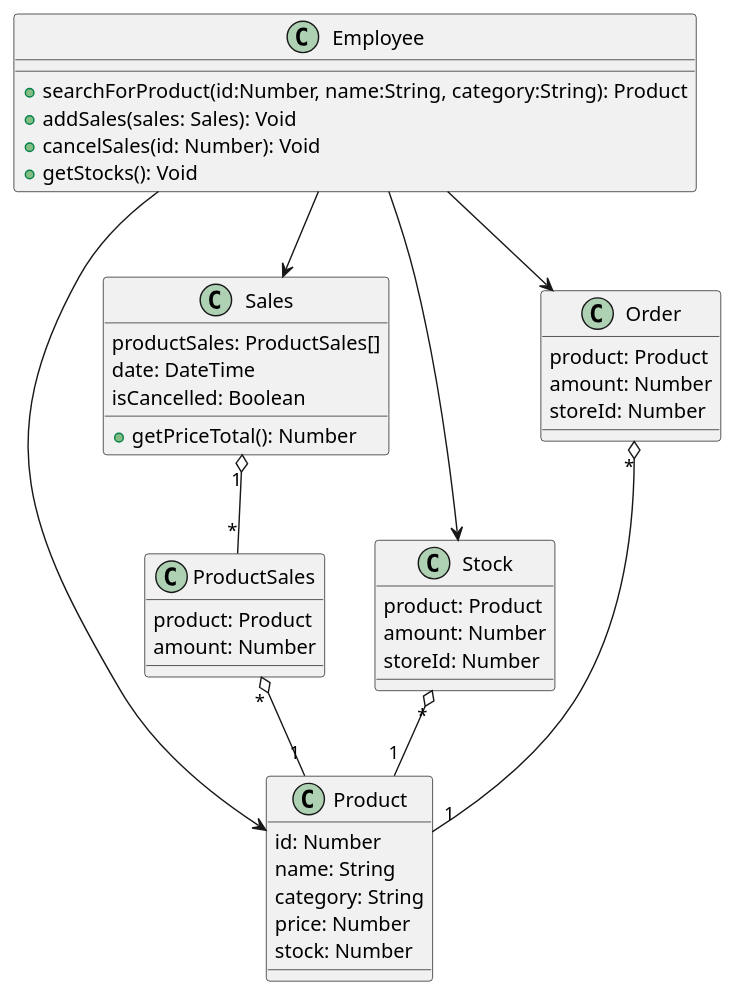
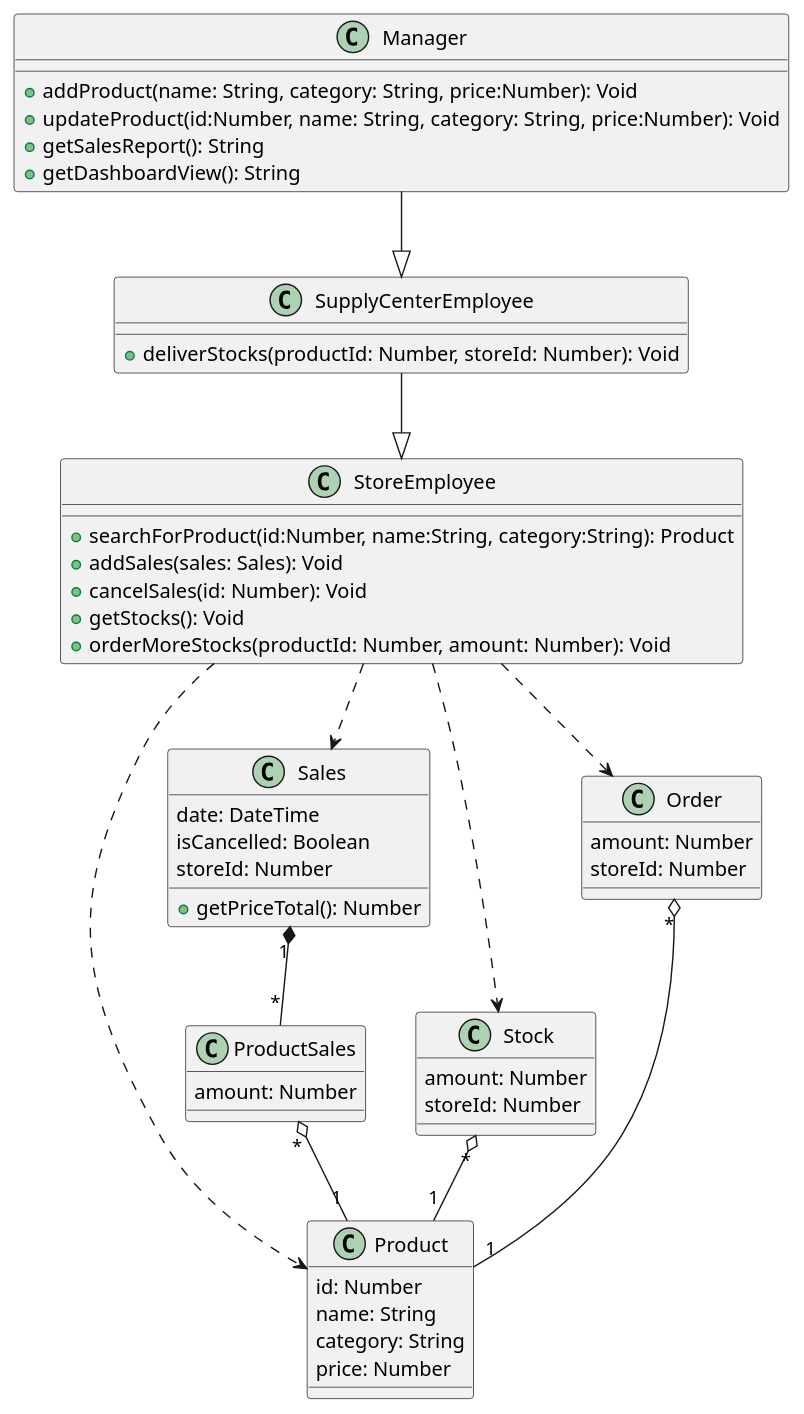
The diagram in docs/UML/class.puml (ThePhobosDeimosSuite/laboratoire-0_log430), drawn with PlantUML before and after one commit. The commit also changed 19 other files, not shown here.

```diff
--- a/docs/UML/class.puml
+++ b/docs/UML/class.puml
@@ -1,56 +1,68 @@
 @startuml class
-class Employee {
+class StoreEmployee {
     + searchForProduct(id:Number, name:String, category:String): Product
     + addSales(sales: Sales): Void
     + cancelSales(id: Number): Void    
     + getStocks(): Void
+    + orderMoreStocks(productId: Number, amount: Number): Void
+}
+
+class SupplyCenterEmployee {
+    + deliverStocks(productId: Number, storeId: Number): Void
+}
+
+class Manager {
+    + addProduct(name: String, category: String, price:Number): Void
+    + updateProduct(id:Number, name: String, category: String, price:Number): Void
+    + getSalesReport(): String
+    + getDashboardView(): String
 }
 
 class Product {
     id: Number
     name: String
     category: String
     price: Number
-    stock: Number
 }
 
 class Sales {
-    productSales: ProductSales[]
     date: DateTime
     isCancelled: Boolean
+    storeId: Number
     + getPriceTotal(): Number
 }
 
 class Stock {
-    product: Product
     amount: Number
     storeId: Number
 }
 
 class Order {
-    product: Product
     amount: Number
     storeId: Number
 }
 
 class ProductSales {
-    product: Product
     amount: Number
 }
 
-Employee --> Sales
+StoreEmployee ..> Sales
 
-Employee --> Product
+StoreEmployee ..> Product
 
-Employee --> Stock
+StoreEmployee ..> Stock
 
-Employee --> Order
+StoreEmployee ..> Order
 
-Sales "1" o-- "*" ProductSales
+SupplyCenterEmployee --|> StoreEmployee
+
+Manager --|> SupplyCenterEmployee
+
+Sales "1" *-- "*" ProductSales
 
 ProductSales "*" o-- "1" Product
 
 Stock "*" o-- "1" Product
 
 Order "*" o-- "1" Product
 @enduml
```
